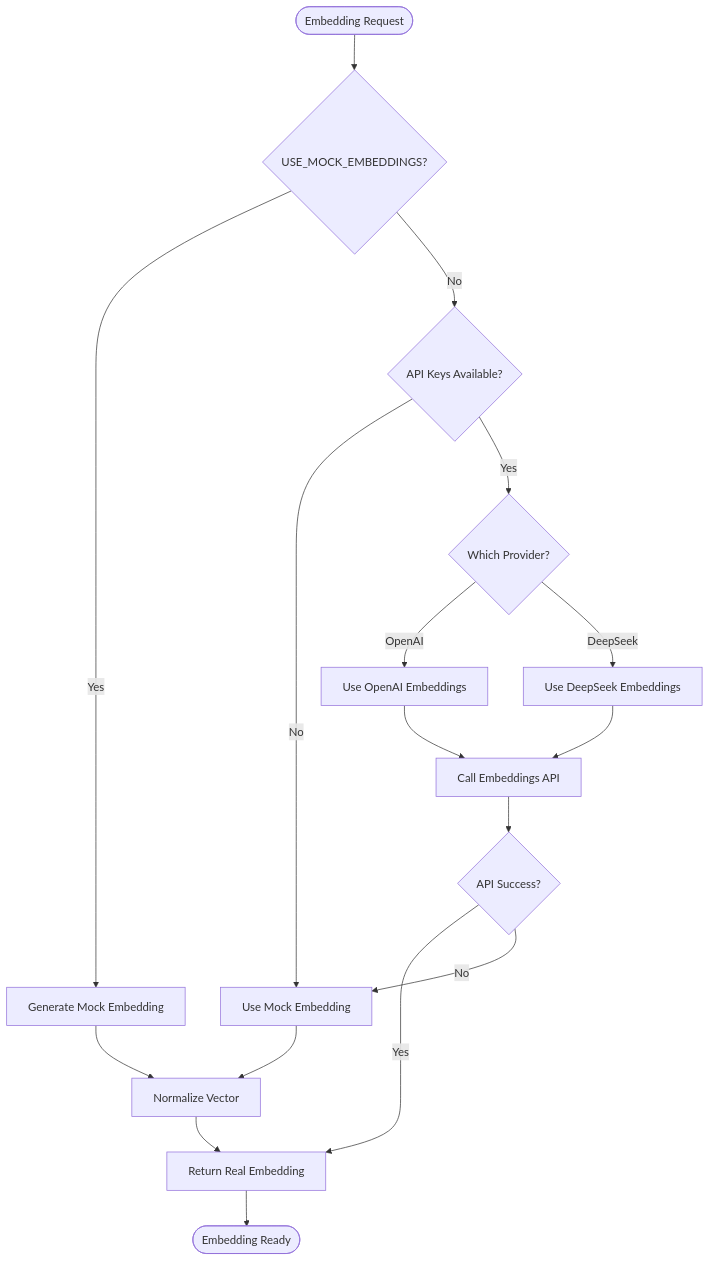
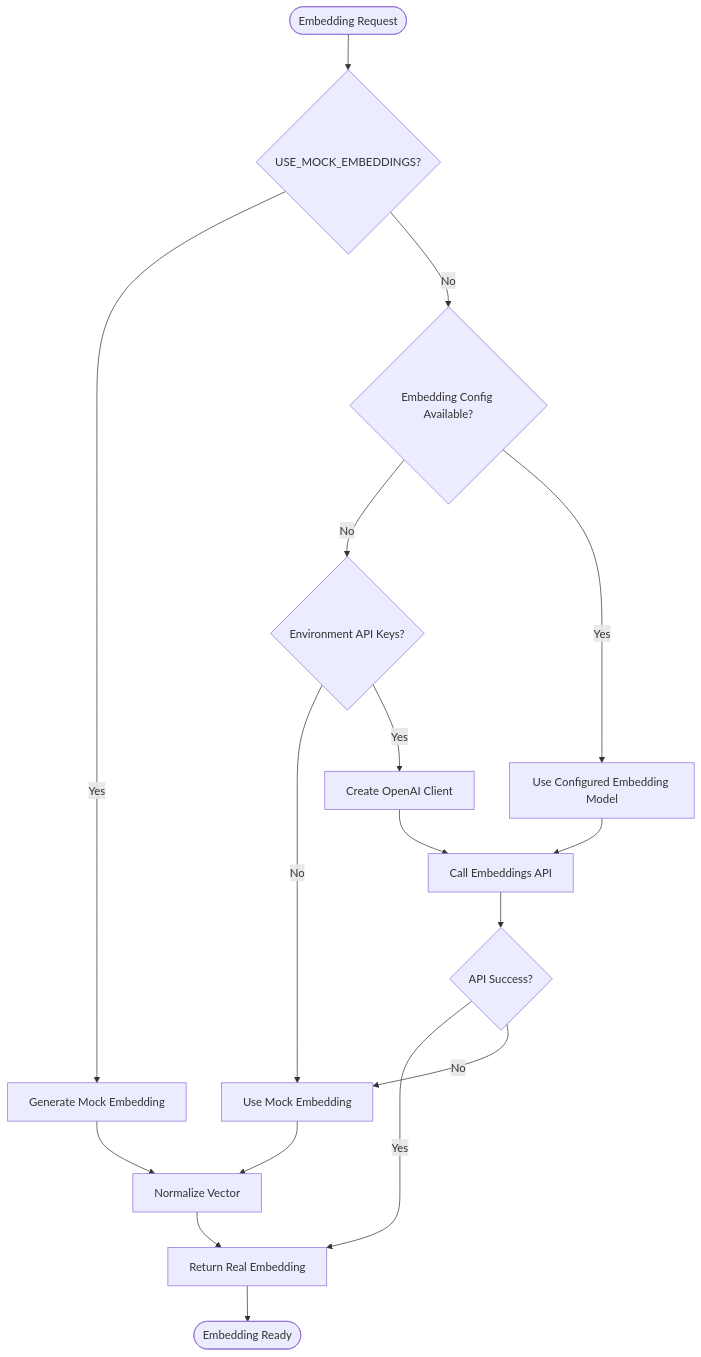
One commit to liwonder/NARRITIVE_OS changed the fourth of 8 diagrams in .qoder/repowiki/en/content/Memory Management System/Vector Store Class.md. Above: the diagram before and after it, drawn with Mermaid. The commit also changed other lines of this file and 14 other files, not shown here.

````diff
--- a/.qoder/repowiki/en/content/Memory Management System/Vector Store Class.md
+++ b/.qoder/repowiki/en/content/Memory Management System/Vector Store Class.md
@@ -216,19 +217,19 @@
 ```mermaid
 flowchart TD
 Start([Embedding Request]) --> CheckMock{"USE_MOCK_EMBEDDINGS?"}
 CheckMock --> |Yes| MockEmbedding["Generate Mock Embedding"]
-CheckMock --> |No| CheckAPIKeys{"API Keys Available?"}
-CheckAPIKeys --> |No| Fallback["Use Mock Embedding"]
-CheckAPIKeys --> |Yes| CheckProvider{"Which Provider?"}
-CheckProvider --> |OpenAI| OpenAI["Use OpenAI Embeddings"]
-CheckProvider --> |DeepSeek| DeepSeek["Use DeepSeek Embeddings"]
-OpenAI --> APICall["Call Embeddings API"]
-DeepSeek --> APICall
+CheckMock --> |No| CheckEmbedConfig{"Embedding Config Available?"}
+CheckEmbedConfig --> |No| CheckEnvKeys{"Environment API Keys?"}
+CheckEnvKeys --> |No| Fallback["Use Mock Embedding"]
+CheckEnvKeys --> |Yes| CreateClient["Create OpenAI Client"]
+CheckEmbedConfig --> |Yes| UseEmbedConfig["Use Configured Embedding Model"]
+UseEmbedConfig --> APICall["Call Embeddings API"]
+CreateClient --> APICall
 APICall --> APISuccess{"API Success?"}
 APISuccess --> |Yes| ReturnEmbedding["Return Real Embedding"]
 APISuccess --> |No| Fallback
 MockEmbedding --> Normalize["Normalize Vector"]
 Fallback --> Normalize
 Normalize --> ReturnEmbedding
 ReturnEmbedding --> End([Embedding Ready])
 ```
````
